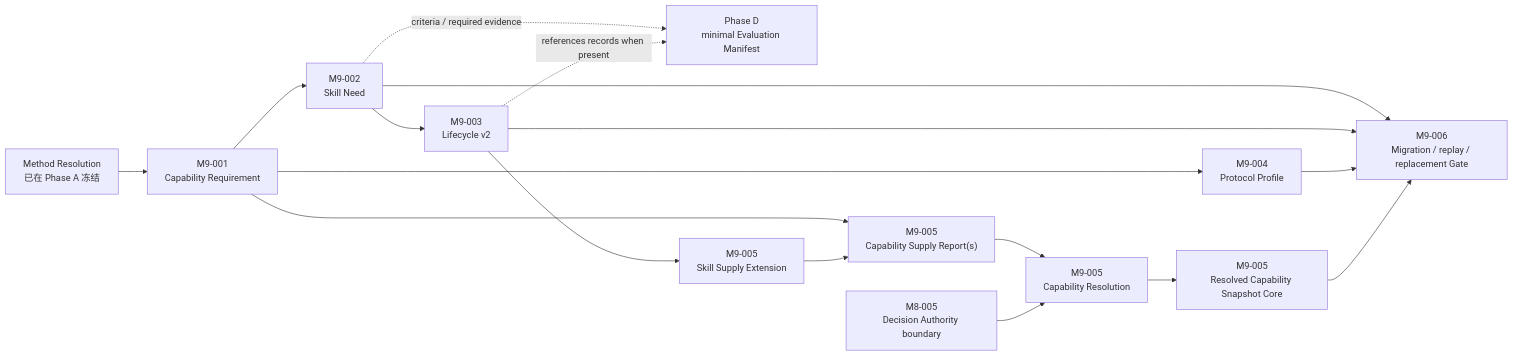
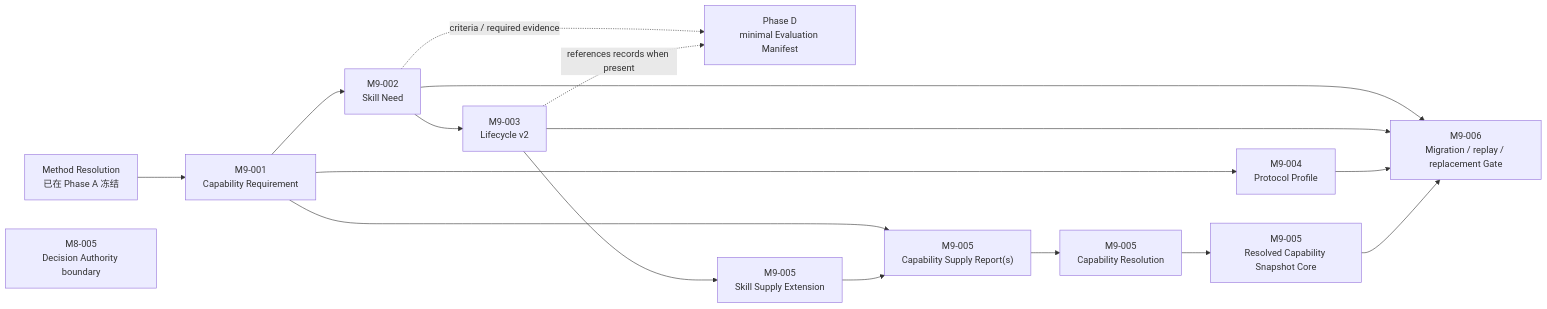
The diagram in docs/workstreams/chengyue-lu/PHASE-B-EVOLUTION/README.md (Chengyue-Lu/research-agent-workbench), drawn with Mermaid before and after one commit. The commit also changed other lines of this file and 49 other files, not shown here.

````diff
--- a/docs/workstreams/chengyue-lu/PHASE-B-EVOLUTION/README.md
+++ b/docs/workstreams/chengyue-lu/PHASE-B-EVOLUTION/README.md
@@ -16,32 +16,31 @@
 ```mermaid
 flowchart LR
     MR["Method Resolution\n已在 Phase A 冻结"]
     CR["M9-001\nCapability Requirement"]
     DA["M8-005\nDecision Authority boundary"]
     SN["M9-002\nSkill Need"]
     LC["M9-003\nLifecycle v2"]
     EM["Phase D\nminimal Evaluation Manifest"]
     PP["M9-004\nProtocol Profile"]
     SR["M9-005\nCapability Supply Report(s)"]
     RS["M9-005\nCapability Resolution"]
     CS["M9-005\nResolved Capability Snapshot Core"]
     SE["M9-005\nSkill Supply Extension"]
     G["M9-006\nMigration / replay / replacement Gate"]
 
     MR --> CR
     CR --> SN
     SN --> LC
     SN -. "criteria / required evidence" .-> EM
     LC -. "references records when present" .-> EM
     CR --> PP
     CR --> SR
     SR --> RS
-    DA --> RS
     RS --> CS
     LC --> SE
     SE --> SR
     SN --> G
     LC --> G
     PP --> G
     CS --> G
 ```
````
